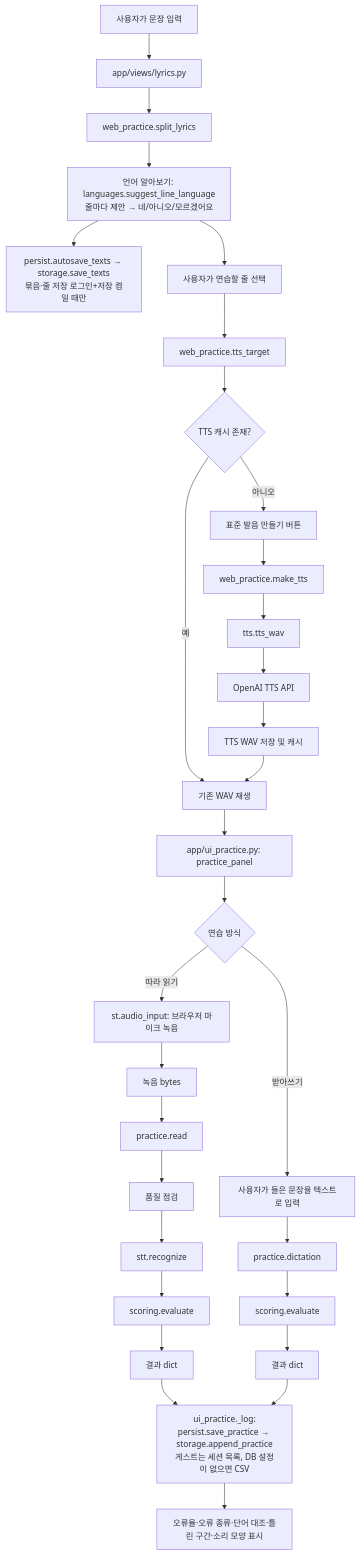
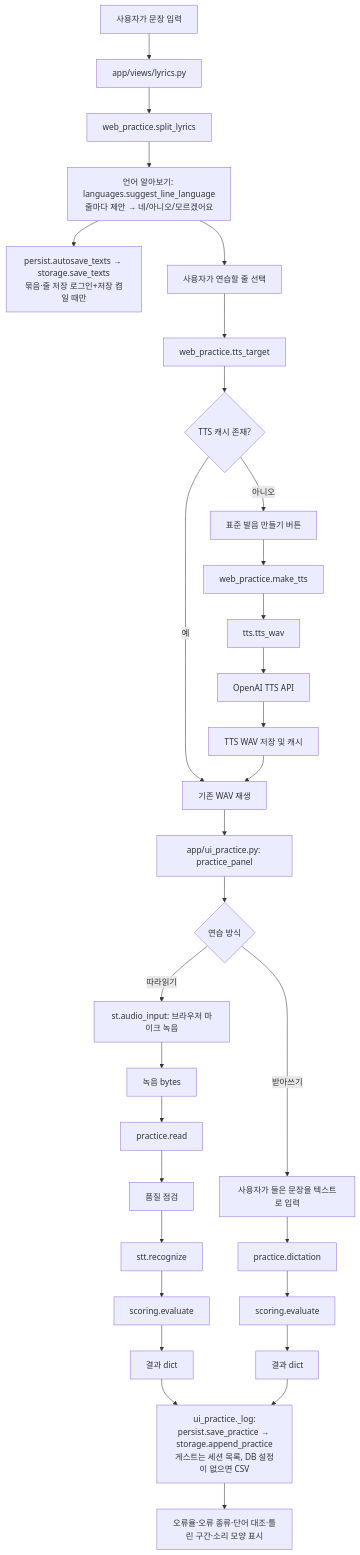
Before and after one commit to greenkey20/song-lingo: the fourth of 13 diagrams in docs/module_structures_and_data_flow.md, drawn with Mermaid. The commit also changed other lines of this file and 20 other files, not shown here.

````diff
--- a/docs/module_structures_and_data_flow.md
+++ b/docs/module_structures_and_data_flow.md
@@ -189,35 +189,35 @@
 ```mermaid
 flowchart TD
     U[사용자가 문장 입력] --> L[app/views/lyrics.py]
     L --> SPLIT[web_practice.split_lyrics]
     SPLIT --> LANG[언어 알아보기: languages.suggest_line_language<br/>줄마다 제안 → 네/아니오/모르겠어요]
     LANG --> SAVE1[persist.autosave_texts → storage.save_texts<br/>묶음·줄 저장 로그인+저장 켬일 때만]
     LANG --> LINE[사용자가 연습할 줄 선택]
     LINE --> TARGET[web_practice.tts_target]
     TARGET --> CACHE{TTS 캐시 존재?}
     CACHE -->|예| PLAY[기존 WAV 재생]
     CACHE -->|아니오| BTN[표준 발음 만들기 버튼]
     BTN --> MAKE[web_practice.make_tts]
     MAKE --> TTS[tts.tts_wav]
     TTS --> API[OpenAI TTS API]
     API --> WAV[TTS WAV 저장 및 캐시]
     WAV --> PLAY
 
     PLAY --> PANEL[app/ui_practice.py: practice_panel]
     PANEL --> MODE{연습 방식}
-    MODE -->|따라 읽기| REC[st.audio_input: 브라우저 마이크 녹음]
+    MODE -->|따라읽기| REC[st.audio_input: 브라우저 마이크 녹음]
     REC --> BYTES[녹음 bytes]
     BYTES --> READ[practice.read]
     READ --> QUALITY[품질 점검]
     QUALITY --> STT[stt.recognize]
     STT --> EVAL[scoring.evaluate]
     EVAL --> RESULT[결과 dict]
     RESULT --> LOG[ui_practice._log:<br/>persist.save_practice → storage.append_practice<br/>게스트는 세션 목록, DB 설정이 없으면 CSV]
     LOG --> DISPLAY[오류율·오류 종류·단어 대조·틀린 구간·소리 모양 표시]
 
     MODE -->|받아쓰기| TEXT[사용자가 들은 문장을 텍스트로 입력]
     TEXT --> DICT[practice.dictation]
     DICT --> EVAL2[scoring.evaluate]
     EVAL2 --> RESULT2[결과 dict]
     RESULT2 --> LOG
 ```
````
